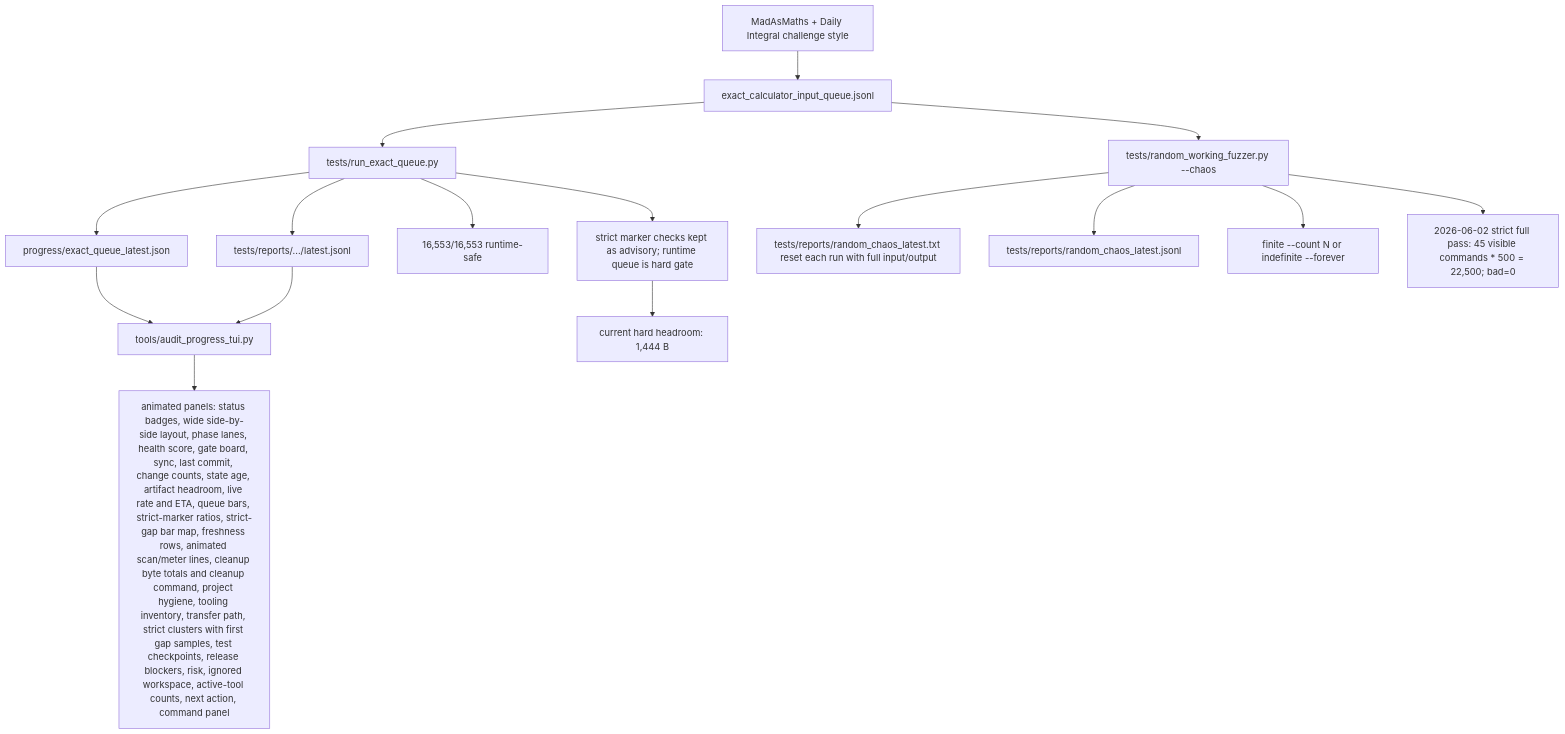
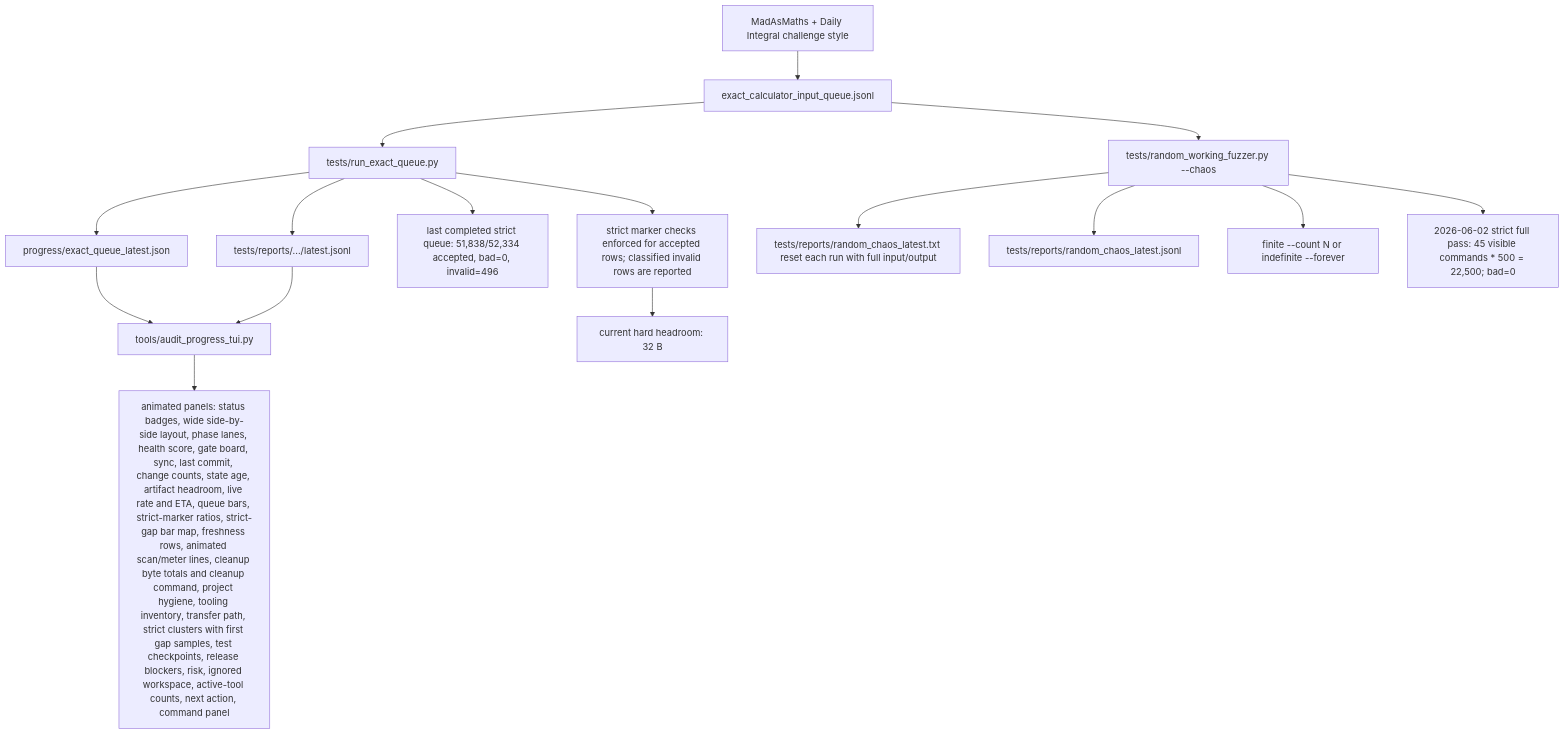
The sixth of 7 diagrams in docs/GRAPH.md (james8464/notes-addin-casio-fx-cg50), drawn with Mermaid before and after one commit. The commit also changed other lines of this file and 52 other files, not shown here.

````diff
--- a/docs/GRAPH.md
+++ b/docs/GRAPH.md
@@ -84,18 +84,18 @@
 ```mermaid
 graph TD
   Online["MadAsMaths + Daily Integral challenge style"] --> Queue["exact_calculator_input_queue.jsonl"]
   Queue --> Runner["tests/run_exact_queue.py"]
   Runner --> Live["progress/exact_queue_latest.json"]
   Runner --> Report["tests/reports/.../latest.jsonl"]
   Live --> TUI["tools/audit_progress_tui.py"]
   Report --> TUI
   Queue --> Chaos["tests/random_working_fuzzer.py --chaos"]
   Chaos --> Transcript["tests/reports/random_chaos_latest.txt reset each run with full input/output"]
   Chaos --> FuzzReport["tests/reports/random_chaos_latest.jsonl"]
   Chaos --> Modes["finite --count N or indefinite --forever"]
   Chaos --> FinalStrict["2026-06-02 strict full pass: 45 visible commands * 500 = 22,500; bad=0"]
   TUI --> Panels["animated panels: status badges, wide side-by-side layout, phase lanes, health score, gate board, sync, last commit, change counts, state age, artifact headroom, live rate and ETA, queue bars, strict-marker ratios, strict-gap bar map, freshness rows, animated scan/meter lines, cleanup byte totals and cleanup command, project hygiene, tooling inventory, transfer path, strict clusters with first gap samples, test checkpoints, release blockers, risk, ignored workspace, active-tool counts, next action, command panel"]
-  Runner --> Runtime["16,553/16,553 runtime-safe"]
-  Runner --> Strict["strict marker checks kept as advisory; runtime queue is hard gate"]
-  Strict --> Remaining["current hard headroom: 1,444 B"]
+  Runner --> Runtime["last completed strict queue: 51,838/52,334 accepted, bad=0, invalid=496"]
+  Runner --> Strict["strict marker checks enforced for accepted rows; classified invalid rows are reported"]
+  Strict --> Remaining["current hard headroom: 32 B"]
 ```
````
